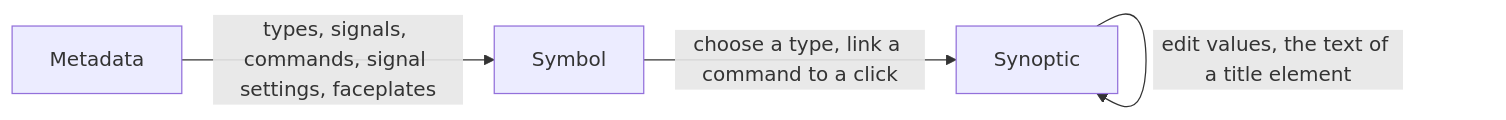
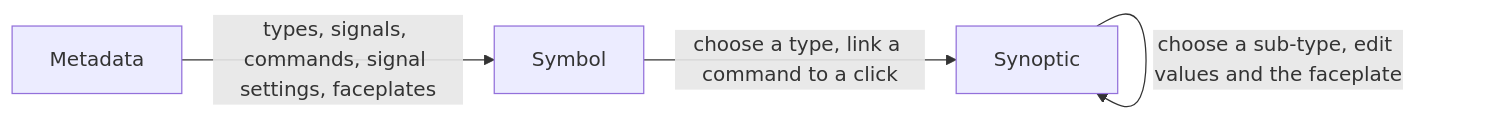
One commit to AlexandreGallais/synoptic-studio-spec changed diagram 49 of 50 in metadata/draft.md. Above: the diagram before and after it, drawn with Mermaid. The commit also changed other lines of this file and 12 other files, not shown here.

First line of the commit message:
docs: let sub-types fill parent groups and synoptics edit placed symbols

````diff
--- a/metadata/draft.md
+++ b/metadata/draft.md
@@ -1922,6 +1922,6 @@
 ```mermaid
 flowchart LR
     M[Metadata] -->|"types, signals, commands, signal settings, faceplates"| S[Symbol]
     S -->|"choose a type, link a command to a click"| Y[Synoptic]
-    Y -->|"edit values, the text of a title element"| Y
+    Y -->|"choose a sub-type, edit values and the faceplate"| Y
 ```
````
